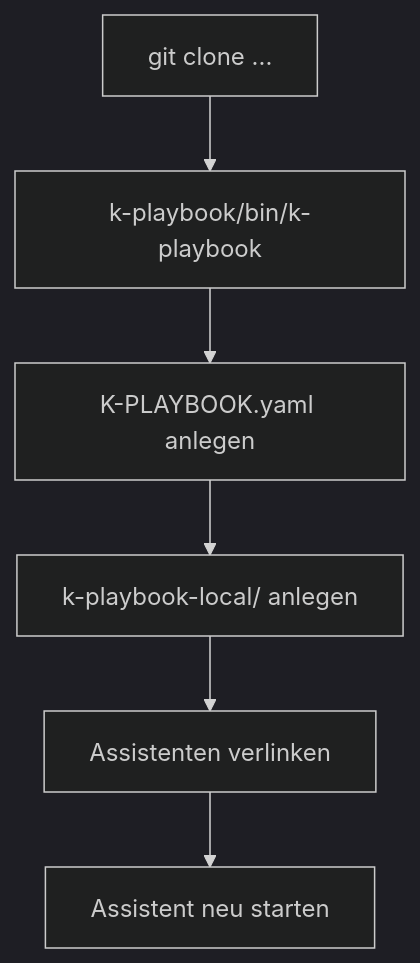
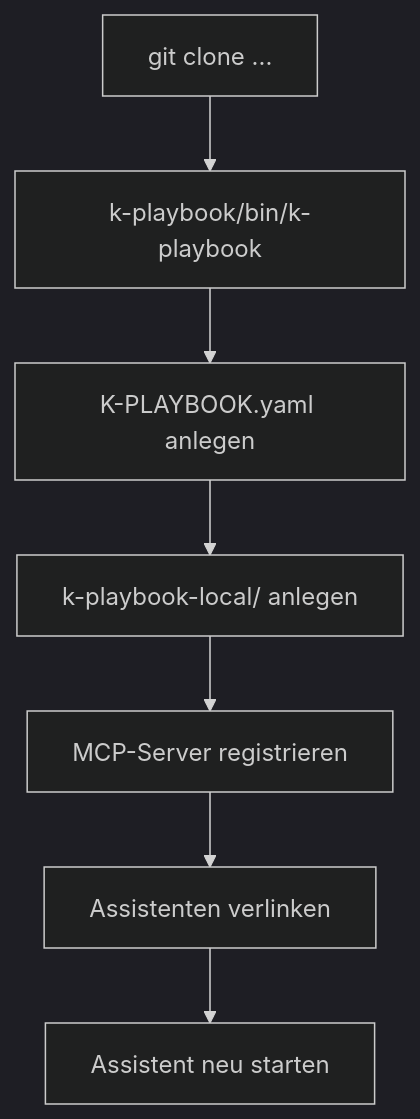
One commit to kascada/k-playbook changed the second of 3 diagrams in docs/handbuch.md. Above: the diagram before and after it, drawn with Mermaid (dark theme). The commit also changed other lines of this file and 19 other files, not shown here.

````diff
--- a/docs/handbuch.md
+++ b/docs/handbuch.md
@@ -129,8 +130,9 @@
 ```mermaid
 flowchart TD
     A["git clone ..."] --> B["k-playbook/bin/k-playbook"]
     B --> C["K-PLAYBOOK.yaml anlegen"]
     C --> D["k-playbook-local/ anlegen"]
-    D --> E["Assistenten verlinken"]
-    E --> F["Assistent neu starten"]
+    D --> E["MCP-Server registrieren"]
+    E --> F["Assistenten verlinken"]
+    F --> G["Assistent neu starten"]
 ```
````
